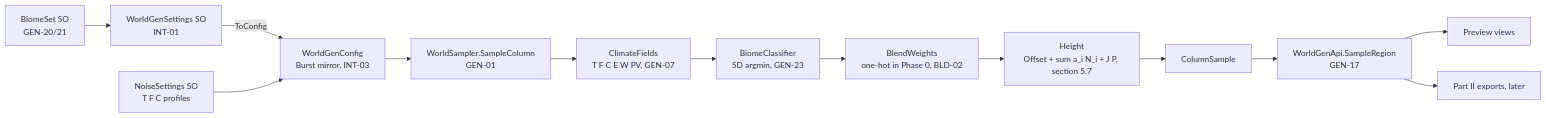
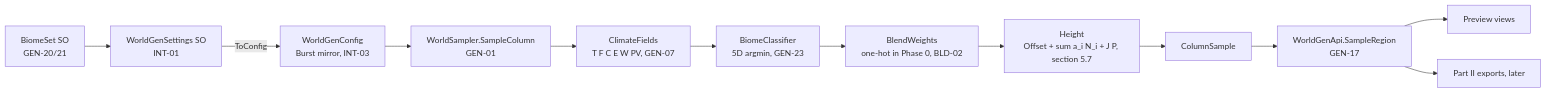
One commit to anilas5235/Infinitile changed the first of 2 diagrams in Assets/Engine/Docs/WorldGenerationPipeline.md. Above: the diagram before and after it, drawn with Mermaid. The commit also changed other lines of this file and 11 other files, not shown here.

````diff
--- a/Assets/Engine/Docs/WorldGenerationPipeline.md
+++ b/Assets/Engine/Docs/WorldGenerationPipeline.md
@@ -11,15 +11,14 @@
 ```mermaid
 flowchart LR
     S[WorldGenSettings SO\nINT-01] -->|ToConfig| C[WorldGenConfig\nBurst mirror, INT-03]
     B[BiomeSet SO\nGEN-20/21] --> S
-    N[NoiseSettings SO\nT F C profiles] --> C
     C --> W[WorldSampler.SampleColumn\nGEN-01]
     W --> F[ClimateFields\nT F C E W PV, GEN-07]
     F --> K[BiomeClassifier\n5D argmin, GEN-23]
     K --> M[BlendWeights\none-hot in Phase 0, BLD-02]
     M --> H[Height\nOffset + sum a_i N_i + J P, section 5.7]
     H --> O[ColumnSample]
     O --> R[WorldGenApi.SampleRegion\nGEN-17]
     R --> P[Preview views]
     R --> X[Part II exports, later]
 ```
````
